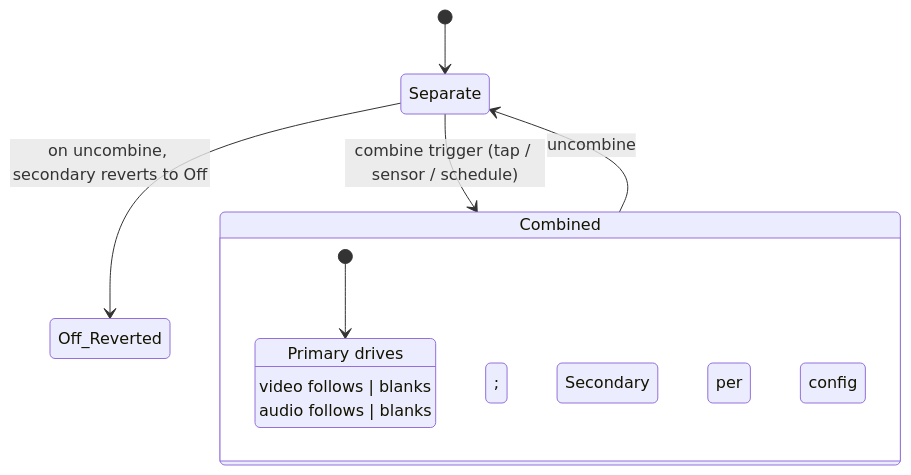
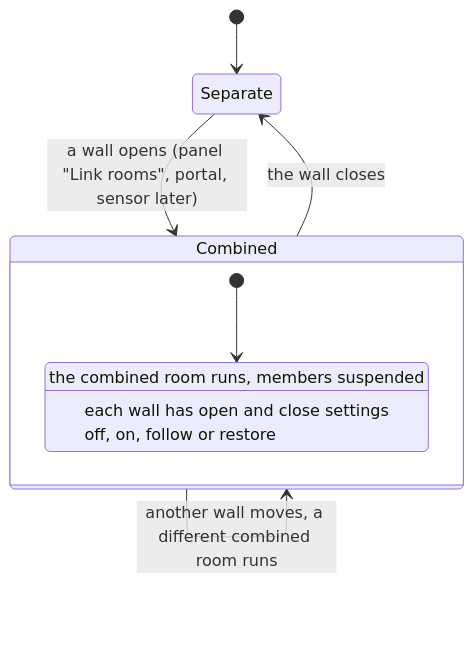
One commit to steviemayo/cobra changed diagram 23 of 30 in docs/diagrams.md. Above: the diagram before and after it, drawn with Mermaid. The commit also changed other lines of this file and 5 other files, not shown here.

Commit message:
docs: bring plan, decisions, diagrams and status docs into line with what is built

````diff
--- a/docs/diagrams.md
+++ b/docs/diagrams.md
@@ -488,13 +524,13 @@
 ```mermaid
 stateDiagram-v2
   [*] --> Separate
-  Separate --> Combined: combine trigger (tap / sensor / schedule)
-  Combined --> Separate: uncombine
+  Separate --> Combined: a wall opens (panel "Link rooms", portal, sensor later)
+  Combined --> Separate: the wall closes
   state Combined {
-    [*] --> Primary_Secondary
-    Primary_Secondary: Primary drives; Secondary per config
-    Primary_Secondary: video follows | blanks
-    Primary_Secondary: audio follows | blanks
+    [*] --> Live
+    Live: the combined room runs, members suspended
+    Live: each wall has open and close settings
+    Live: off, on, follow or restore
   }
-  Separate --> Off_Reverted: on uncombine, secondary reverts to Off
+  Combined --> Combined: another wall moves, a different combined room runs
 ```
````
